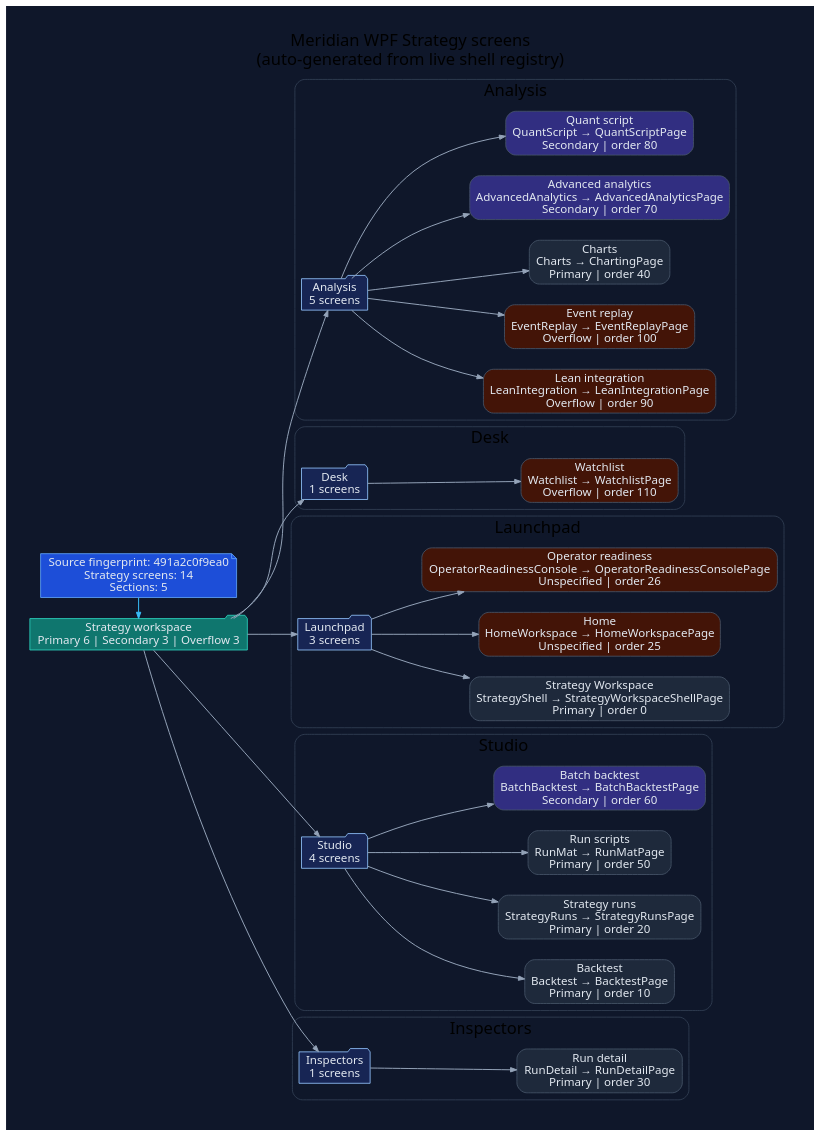
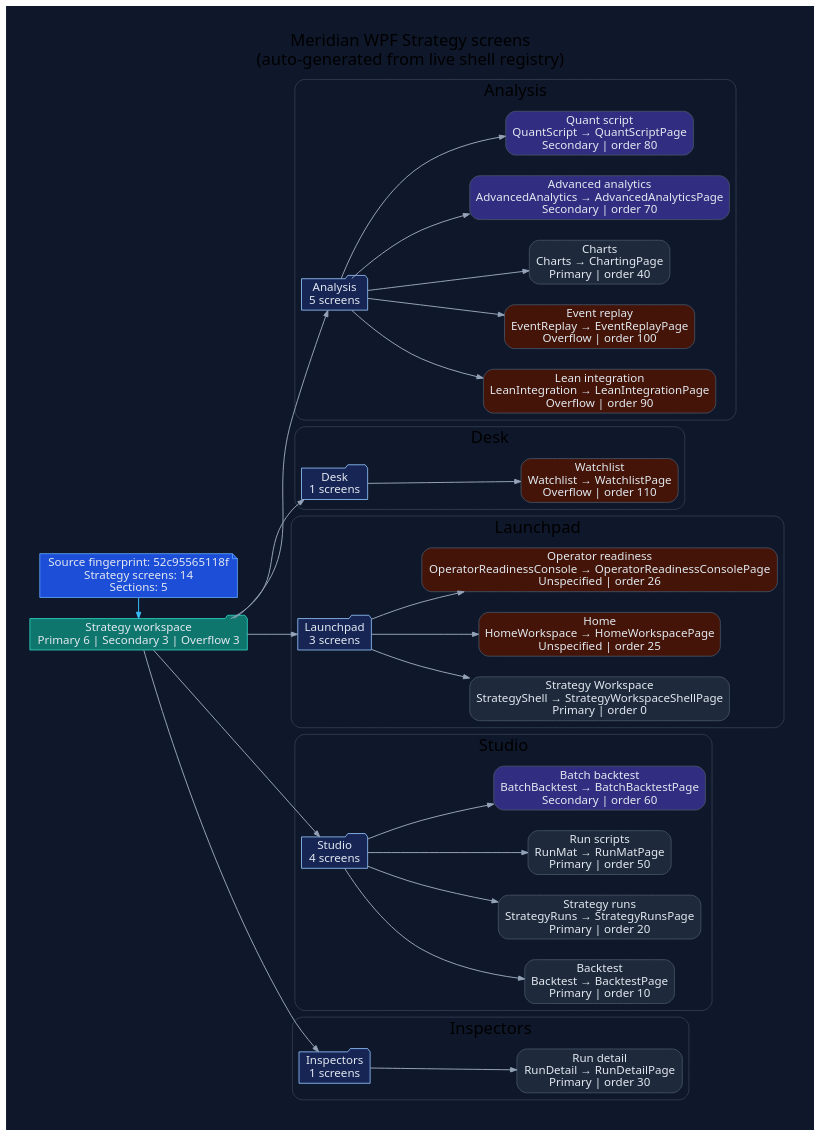
One commit to rodoHasArrived/Meridian-main changed the diagram in docs/diagrams/ui-wpf-screens-strategy.dot. Above: the diagram before and after it, drawn with Graphviz. The commit also changed 197 other files, not shown here.

```diff
--- a/docs/diagrams/ui-wpf-screens-strategy.dot
+++ b/docs/diagrams/ui-wpf-screens-strategy.dot
@@ -1,94 +1,94 @@
 // -----------------------------------------------------------------------------
 // <auto-generated>
 // Generated by scripts/generate-diagrams.mjs.
 // Do not edit this file directly; update the WPF source files instead.
 // -----------------------------------------------------------------------------
 digraph WpfStrategyScreens {
   graph [
     rankdir=LR,
     labelloc=t,
     label="Meridian WPF Strategy screens\n(auto-generated from live shell registry)",
     fontname="Segoe UI",
     fontsize=20,
     pad=0.4,
     nodesep=0.35,
     ranksep=0.85,
     bgcolor="#0f172a"
   ];
   node [fontname="Segoe UI", shape=box, style="rounded,filled", color="#475569", fontcolor="#e2e8f0", fillcolor="#1e293b"];
   edge [fontname="Segoe UI", color="#94a3b8", penwidth=1.2, arrowsize=0.75];
 
-  generated [shape=note, fillcolor="#1d4ed8", color="#60a5fa", label="Source fingerprint: 491a2c0f9ea0\nStrategy screens: 14\nSections: 5"];
+  generated [shape=note, fillcolor="#1d4ed8", color="#60a5fa", label="Source fingerprint: 52c95565118f\nStrategy screens: 14\nSections: 5"];
   workspace [shape=folder, fillcolor="#0f766e", color="#2dd4bf", label="Strategy workspace\nPrimary 6 | Secondary 3 | Overflow 3"];
   generated -> workspace [color="#38bdf8"];
 
   subgraph cluster_section_1 {
     label="Analysis";
     color="#334155";
     style="rounded";
     section_1 [shape=folder, fillcolor="#172554", color="#93c5fd", label="Analysis\n5 screens"];
     workspace -> section_1;
     screen_LeanIntegration [fillcolor="#431407", label="Lean integration\nLeanIntegration → LeanIntegrationPage\nOverflow | order 90"];
     section_1 -> screen_LeanIntegration;
     screen_EventReplay [fillcolor="#431407", label="Event replay\nEventReplay → EventReplayPage\nOverflow | order 100"];
     section_1 -> screen_EventReplay;
     screen_Charts [fillcolor="#1e293b", label="Charts\nCharts → ChartingPage\nPrimary | order 40"];
     section_1 -> screen_Charts;
     screen_AdvancedAnalytics [fillcolor="#312e81", label="Advanced analytics\nAdvancedAnalytics → AdvancedAnalyticsPage\nSecondary | order 70"];
     section_1 -> screen_AdvancedAnalytics;
     screen_QuantScript [fillcolor="#312e81", label="Quant script\nQuantScript → QuantScriptPage\nSecondary | order 80"];
     section_1 -> screen_QuantScript;
   }
 
   subgraph cluster_section_2 {
     label="Desk";
     color="#334155";
     style="rounded";
     section_2 [shape=folder, fillcolor="#172554", color="#93c5fd", label="Desk\n1 screens"];
     workspace -> section_2;
     screen_Watchlist [fillcolor="#431407", label="Watchlist\nWatchlist → WatchlistPage\nOverflow | order 110"];
     section_2 -> screen_Watchlist;
   }
 
   subgraph cluster_section_3 {
     label="Launchpad";
     color="#334155";
     style="rounded";
     section_3 [shape=folder, fillcolor="#172554", color="#93c5fd", label="Launchpad\n3 screens"];
     workspace -> section_3;
     screen_StrategyShell [fillcolor="#1e293b", label="Strategy Workspace\nStrategyShell → StrategyWorkspaceShellPage\nPrimary | order 0"];
     section_3 -> screen_StrategyShell;
     screen_HomeWorkspace [fillcolor="#431407", label="Home\nHomeWorkspace → HomeWorkspacePage\nUnspecified | order 25"];
     section_3 -> screen_HomeWorkspace;
     screen_OperatorReadinessConsole [fillcolor="#431407", label="Operator readiness\nOperatorReadinessConsole → OperatorReadinessConsolePage\nUnspecified | order 26"];
     section_3 -> screen_OperatorReadinessConsole;
   }
 
   subgraph cluster_section_4 {
     label="Studio";
     color="#334155";
     style="rounded";
     section_4 [shape=folder, fillcolor="#172554", color="#93c5fd", label="Studio\n4 screens"];
     workspace -> section_4;
     screen_Backtest [fillcolor="#1e293b", label="Backtest\nBacktest → BacktestPage\nPrimary | order 10"];
     section_4 -> screen_Backtest;
     screen_StrategyRuns [fillcolor="#1e293b", label="Strategy runs\nStrategyRuns → StrategyRunsPage\nPrimary | order 20"];
     section_4 -> screen_StrategyRuns;
     screen_RunMat [fillcolor="#1e293b", label="Run scripts\nRunMat → RunMatPage\nPrimary | order 50"];
     section_4 -> screen_RunMat;
     screen_BatchBacktest [fillcolor="#312e81", label="Batch backtest\nBatchBacktest → BatchBacktestPage\nSecondary | order 60"];
     section_4 -> screen_BatchBacktest;
   }
 
   subgraph cluster_section_5 {
     label="Inspectors";
     color="#334155";
     style="rounded";
     section_5 [shape=folder, fillcolor="#172554", color="#93c5fd", label="Inspectors\n1 screens"];
     workspace -> section_5;
     screen_RunDetail [fillcolor="#1e293b", label="Run detail\nRunDetail → RunDetailPage\nPrimary | order 30"];
     section_5 -> screen_RunDetail;
   }
 
   { rank=min; generated; workspace; }
 }
```
